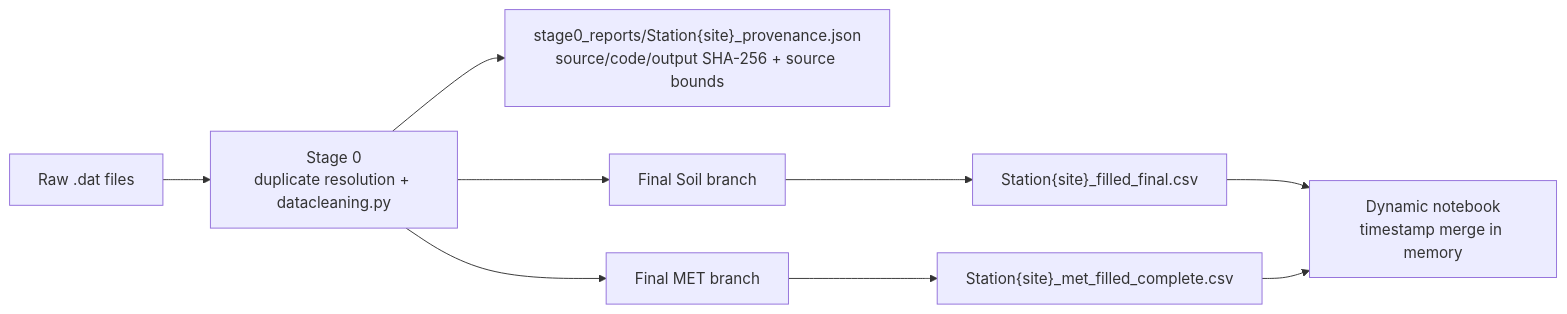
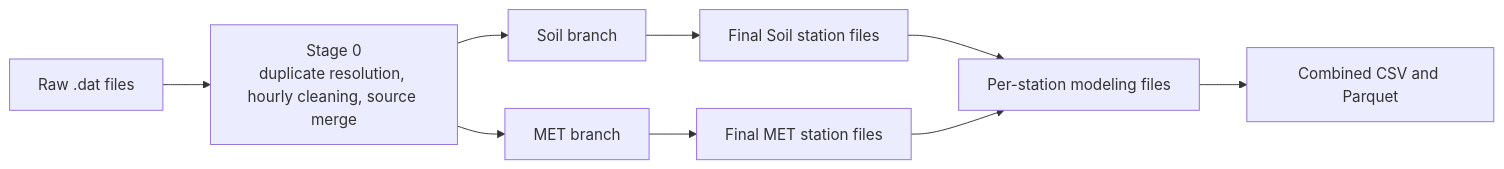
The first of 3 diagrams in data-cleanup/imputation_pipeline/TECHNICAL_NOTES_TxSON33.md (kiat/tx-soil-moisture), drawn with Mermaid before and after one commit. The commit also changed other lines of this file and 1 other file, not shown here.

````diff
--- a/data-cleanup/imputation_pipeline/TECHNICAL_NOTES_TxSON33.md
+++ b/data-cleanup/imputation_pipeline/TECHNICAL_NOTES_TxSON33.md
@@ -85,11 +57,11 @@
 ```mermaid
 flowchart LR
-    A["Raw .dat files"] --> B["Stage 0<br/>duplicate resolution + datacleaning.py"]
-    B --> P["stage0_reports/Station{site}_provenance.json<br/>source/code/output SHA-256 + source bounds"]
-    B --> C["Final Soil branch"]
-    B --> D["Final MET branch"]
-    C --> E["Station{site}_filled_final.csv"]
-    D --> F["Station{site}_met_filled_complete.csv"]
-    E --> G["Dynamic notebook<br/>timestamp merge in memory"]
+    A[Raw .dat files] --> B[Stage 0<br/>duplicate resolution, hourly cleaning, source merge]
+    B --> C[Soil branch]
+    B --> D[MET branch]
+    C --> E[Final Soil station files]
+    D --> F[Final MET station files]
+    E --> G[Per-station modeling files]
     F --> G
+    G --> H[Combined CSV and Parquet]
 ```
````
